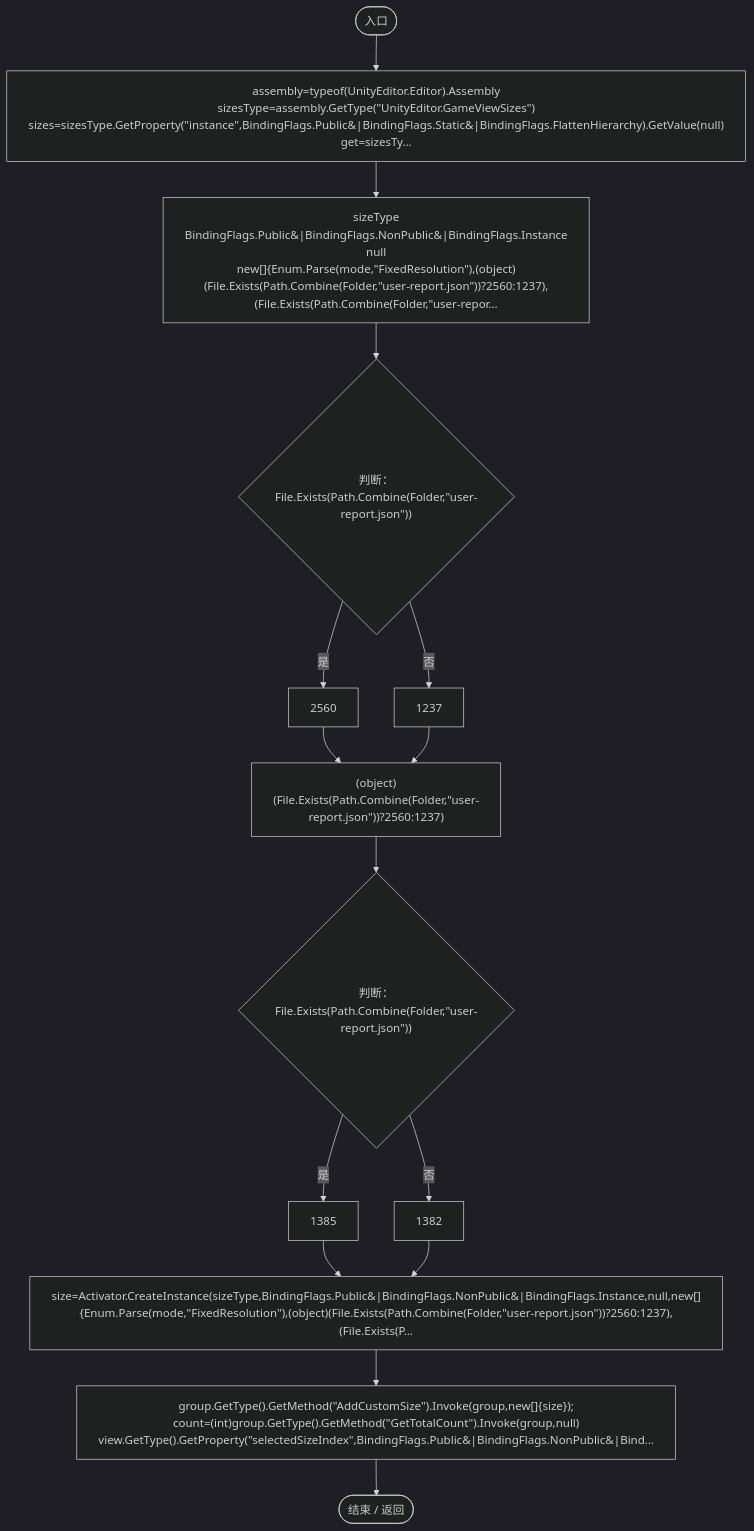
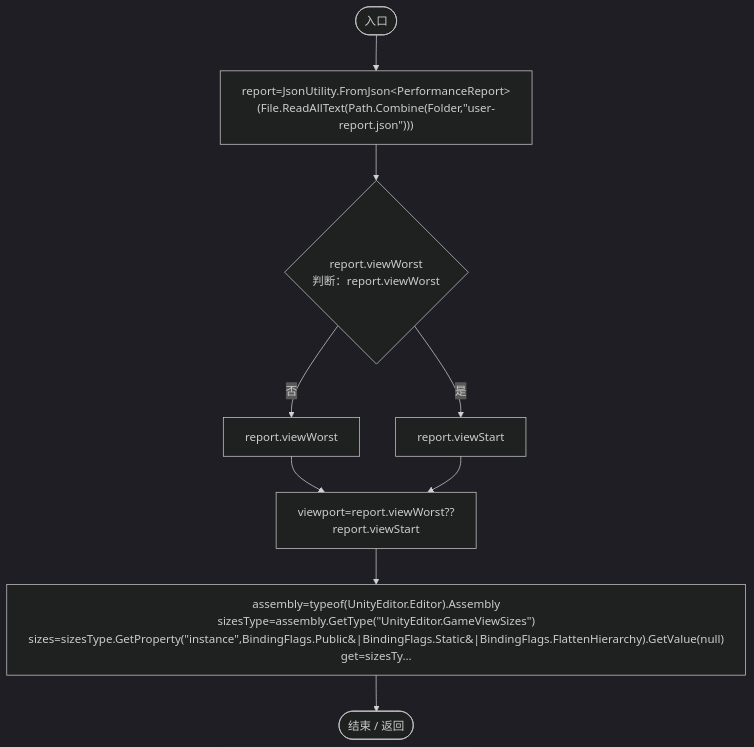
Before and after one commit to xhs6666/Darwin_paradise: the seventh of 25 diagrams in Docs/运行流程图/脚本/f44d9a167c505ecf.md, drawn with Mermaid (dark theme). The commit also changed other lines of this file and 229 other files, not shown here.

````diff
--- a/Docs/运行流程图/脚本/f44d9a167c505ecf.md
+++ b/Docs/运行流程图/脚本/f44d9a167c505ecf.md
@@ -129,31 +173,20 @@
 ```mermaid
 flowchart TD
   b0(["入口"])
-  b1["assembly=typeof(UnityEditor.Editor).Assembly<br/>sizesType=assembly.GetType(&quot;UnityEditor.GameViewSizes&quot;)<br/>sizes=sizesType.GetProperty(&quot;instance&quot;,BindingFlags.Public&#124;BindingFlags.Static&#124;BindingFlags.FlattenHierarchy).GetValue(null)<br/>get=sizesTy…"]
-  b2["sizeType<br/>BindingFlags.Public&#124;BindingFlags.NonPublic&#124;BindingFlags.Instance<br/>null<br/>new[]{Enum.Parse(mode,&quot;FixedResolution&quot;),(object)(File.Exists(Path.Combine(Folder,&quot;user-report.json&quot;))?2560:1237),(File.Exists(Path.Combine(Folder,&quot;user-repor…"]
-  b3{"判断：File.Exists(Path.Combine(Folder,&quot;user-report.json&quot;))"}
-  b4["2560"]
-  b5["1237"]
-  b6["(object)(File.Exists(Path.Combine(Folder,&quot;user-report.json&quot;))?2560:1237)"]
-  b7{"判断：File.Exists(Path.Combine(Folder,&quot;user-report.json&quot;))"}
-  b8["1385"]
-  b9["1382"]
-  b10["size=Activator.CreateInstance(sizeType,BindingFlags.Public&#124;BindingFlags.NonPublic&#124;BindingFlags.Instance,null,new[]{Enum.Parse(mode,&quot;FixedResolution&quot;),(object)(File.Exists(Path.Combine(Folder,&quot;user-report.json&quot;))?2560:1237),(File.Exists(P…"]
-  b11["group.GetType().GetMethod(&quot;AddCustomSize&quot;).Invoke(group,new[]{size});<br/>count=(int)group.GetType().GetMethod(&quot;GetTotalCount&quot;).Invoke(group,null)<br/>view.GetType().GetProperty(&quot;selectedSizeIndex&quot;,BindingFlags.Public&#124;BindingFlags.NonPublic&#124;Bind…"]
-  b12(["结束 / 返回"])
+  b1["report=JsonUtility.FromJson&lt;PerformanceReport&gt;(File.ReadAllText(Path.Combine(Folder,&quot;user-report.json&quot;)))"]
+  b2{"report.viewWorst<br/>判断：report.viewWorst"}
+  b3["report.viewWorst"]
+  b4["report.viewStart"]
+  b5["viewport=report.viewWorst??report.viewStart"]
+  b6["assembly=typeof(UnityEditor.Editor).Assembly<br/>sizesType=assembly.GetType(&quot;UnityEditor.GameViewSizes&quot;)<br/>sizes=sizesType.GetProperty(&quot;instance&quot;,BindingFlags.Public&#124;BindingFlags.Static&#124;BindingFlags.FlattenHierarchy).GetValue(null)<br/>get=sizesTy…"]
+  b7(["结束 / 返回"])
   b0 --> b1
   b1 --> b2
-  b2 --> b3
-  b3 -->|"是"| b4
-  b3 -->|"否"| b5
-  b4 --> b6
+  b2 -->|"否"| b3
+  b2 -->|"是"| b4
+  b3 --> b5
+  b4 --> b5
   b5 --> b6
   b6 --> b7
-  b7 -->|"是"| b8
-  b7 -->|"否"| b9
-  b8 --> b10
-  b9 --> b10
-  b10 --> b11
-  b11 --> b12
 
 ```
````
